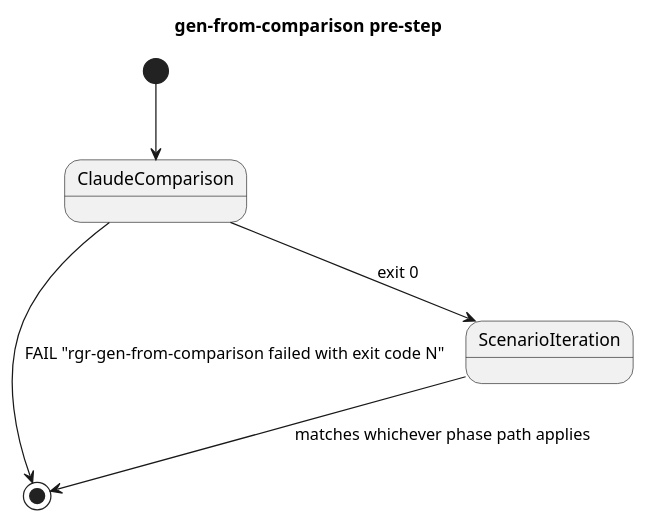
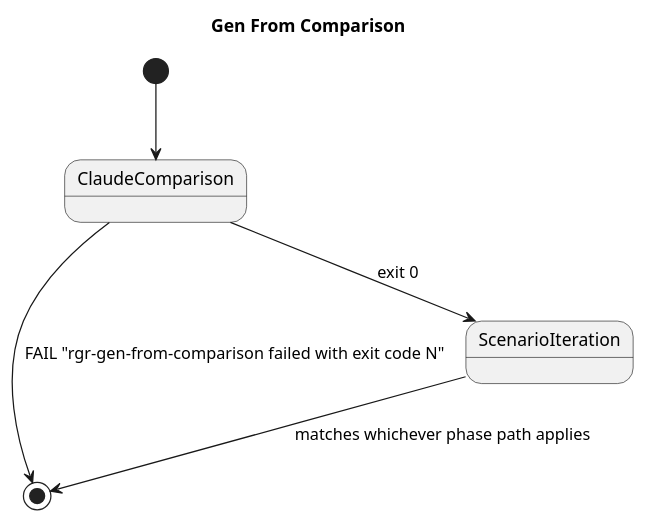
One commit to farhan5248/sheep-dog-qa changed diagram 11 of 11 in sheep-dog-features/src/test/resources/asciidoc/specs/Darmok/model.md. Above: the diagram before and after it, drawn with PlantUML. The commit also changed other lines of this file and 17 other files, not shown here.

````diff
--- a/sheep-dog-features/src/test/resources/asciidoc/specs/Darmok/model.md
+++ b/sheep-dog-features/src/test/resources/asciidoc/specs/Darmok/model.md
@@ -332,11 +379,11 @@
 ```plantuml
 @startuml
-title gen-from-comparison pre-step
+title Gen From Comparison
 
 [*] --> ClaudeComparison
 ClaudeComparison --> [*] : FAIL "rgr-gen-from-comparison failed with exit code N"
 ClaudeComparison --> ScenarioIteration : exit 0
 ScenarioIteration --> [*] : matches whichever phase path applies
 
 @enduml
 ```
````
